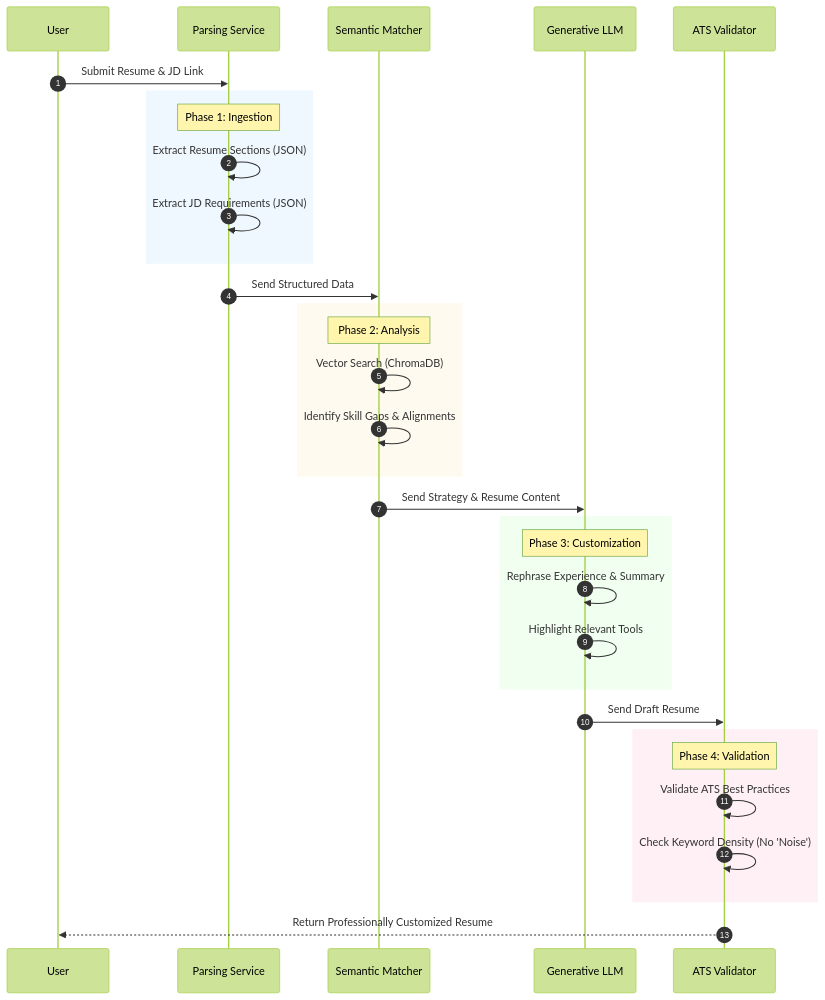
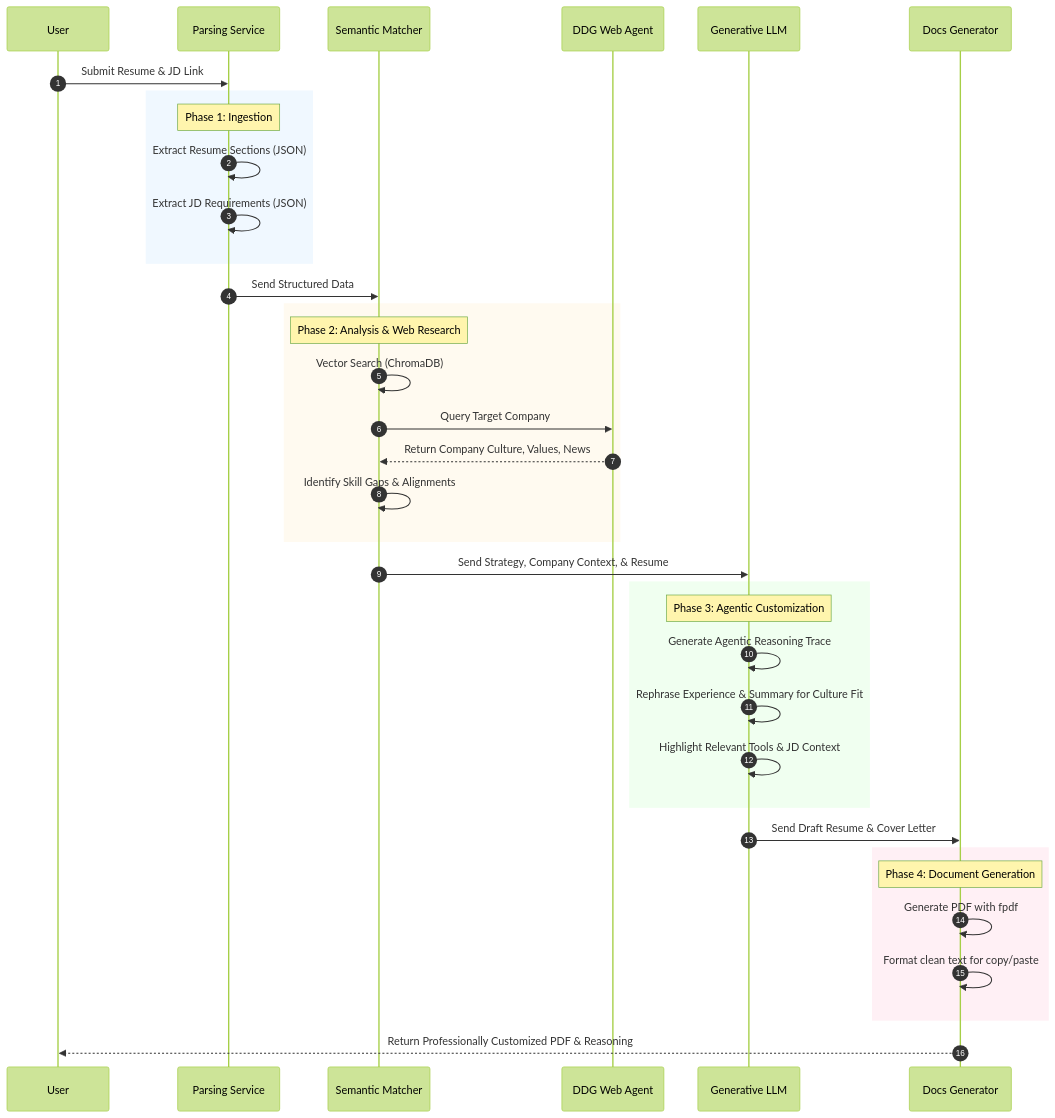
The second of 2 diagrams in docs/resume_customization_workflow.md (dipanjannC/ai-resume-matcher), drawn with Mermaid (forest theme) before and after one commit. The commit also changed 18 other files, not shown here.

Commit message:
refactor: remove FastAPI backend, introduce job scraping and document generation services, and update core processing logic and Streamlit app.

````diff
--- a/docs/resume_customization_workflow.md
+++ b/docs/resume_customization_workflow.md
@@ -57,43 +57,47 @@
 ```mermaid
 sequenceDiagram
     autonumber
     participant User
     participant Parser as Parsing Service
     participant Matcher as Semantic Matcher
+    participant Agent as DDG Web Agent
     participant AI as Generative LLM
-    participant ATS as ATS Validator
+    participant ATS as Docs Generator
     
     User->>Parser: Submit Resume & JD Link
     
     rect rgb(240, 248, 255)
         Note over Parser: Phase 1: Ingestion
         Parser->>Parser: Extract Resume Sections (JSON)
         Parser->>Parser: Extract JD Requirements (JSON)
     end
     
     Parser->>Matcher: Send Structured Data
     
     rect rgb(255, 250, 240)
-        Note over Matcher: Phase 2: Analysis
+        Note over Matcher: Phase 2: Analysis & Web Research
         Matcher->>Matcher: Vector Search (ChromaDB)
+        Matcher->>Agent: Query Target Company
+        Agent-->>Matcher: Return Company Culture, Values, News
         Matcher->>Matcher: Identify Skill Gaps & Alignments
     end
     
-    Matcher->>AI: Send Strategy & Resume Content
+    Matcher->>AI: Send Strategy, Company Context, & Resume
     
     rect rgb(240, 255, 240)
-        Note over AI: Phase 3: Customization
-        AI->>AI: Rephrase Experience & Summary
-        AI->>AI: Highlight Relevant Tools
+        Note over AI: Phase 3: Agentic Customization
+        AI->>AI: Generate Agentic Reasoning Trace
+        AI->>AI: Rephrase Experience & Summary for Culture Fit
+        AI->>AI: Highlight Relevant Tools & JD Context
     end
     
-    AI->>ATS: Send Draft Resume
+    AI->>ATS: Send Draft Resume & Cover Letter
     
     rect rgb(255, 240, 245)
-        Note over ATS: Phase 4: Validation
-        ATS->>ATS: Validate ATS Best Practices
-        ATS->>ATS: Check Keyword Density (No 'Noise')
+        Note over ATS: Phase 4: Document Generation
+        ATS->>ATS: Generate PDF with fpdf
+        ATS->>ATS: Format clean text for copy/paste
     end
     
-    ATS-->>User: Return Professionally Customized Resume
+    ATS-->>User: Return Professionally Customized PDF & Reasoning
 ```
````
